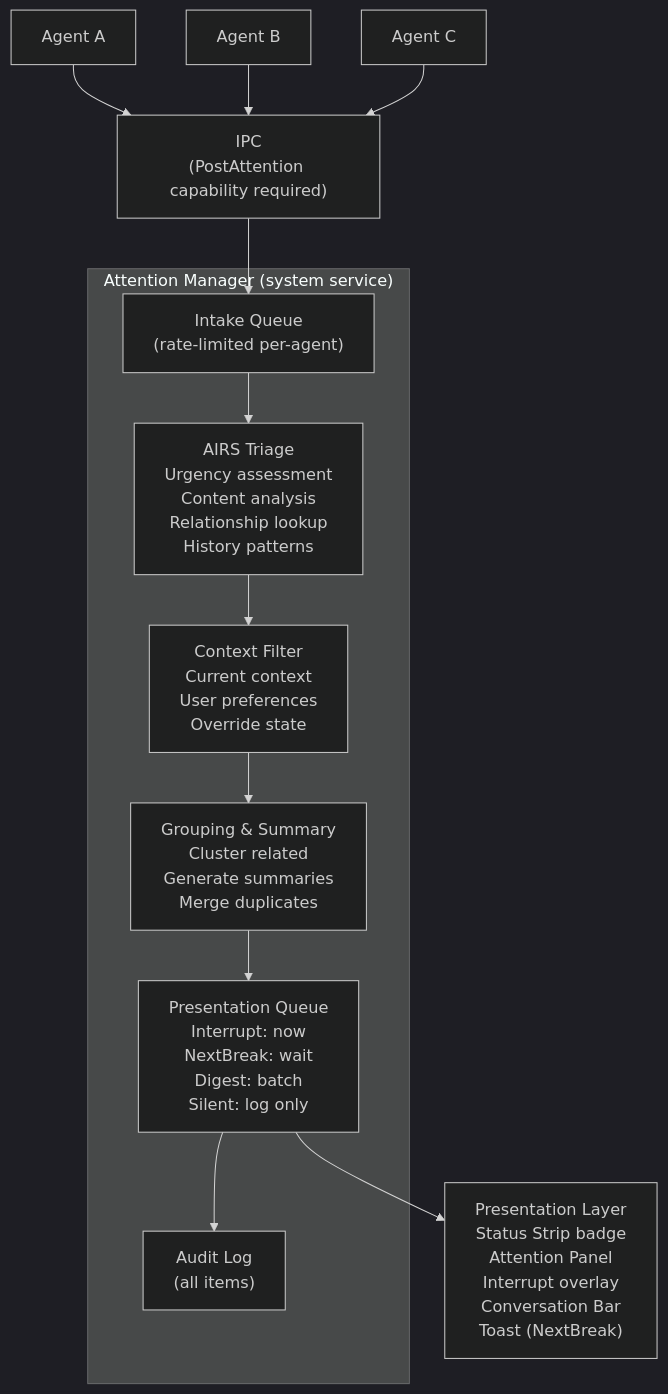
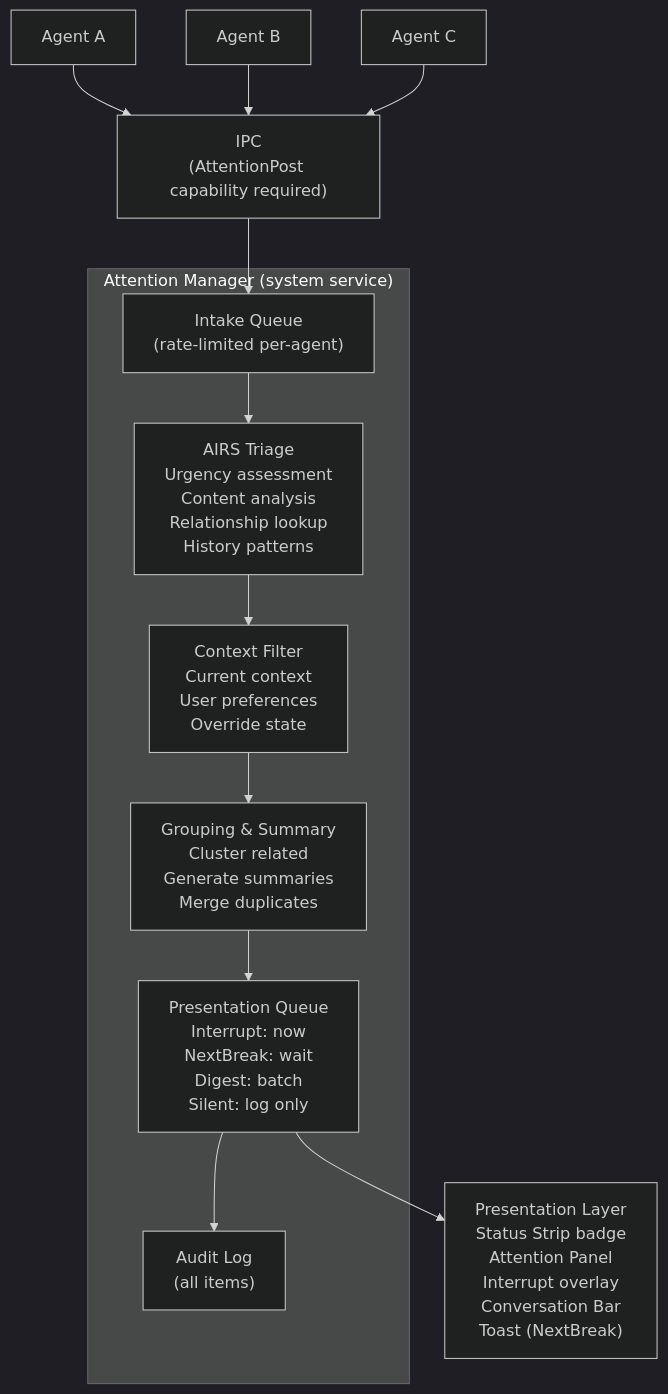
Before and after one commit to juslee/aios: the diagram in docs/intelligence/attention.md, drawn with Mermaid (dark theme). The commit also changed other lines of this file, not shown here.

````diff
--- a/docs/intelligence/attention.md
+++ b/docs/intelligence/attention.md
@@ -30,46 +30,46 @@
 ```mermaid
 flowchart TD
     AgentA["Agent A"] --> IPC
     AgentB["Agent B"] --> IPC
     AgentC["Agent C"] --> IPC
 
     IPC["`IPC
-(PostAttention capability required)`"]
+(AttentionPost capability required)`"]
 
     subgraph ATM["Attention Manager (system service)"]
         IQ["`Intake Queue
 (rate-limited per-agent)`"]
         TRIAGE["`AIRS Triage
 Urgency assessment
 Content analysis
 Relationship lookup
 History patterns`"]
         CF["`Context Filter
 Current context
 User preferences
 Override state`"]
         GS["`Grouping & Summary
 Cluster related
 Generate summaries
 Merge duplicates`"]
         PQ["`Presentation Queue
 Interrupt: now
 NextBreak: wait
 Digest: batch
 Silent: log only`"]
         AUDIT["`Audit Log
 (all items)`"]
 
         IQ --> TRIAGE --> CF --> GS --> PQ
         PQ --> AUDIT
     end
 
     IPC --> IQ
 
     PQ --> PL["`Presentation Layer
 Status Strip badge
 Attention Panel
 Interrupt overlay
 Conversation Bar
 Toast (NextBreak)`"]
 ```
````
